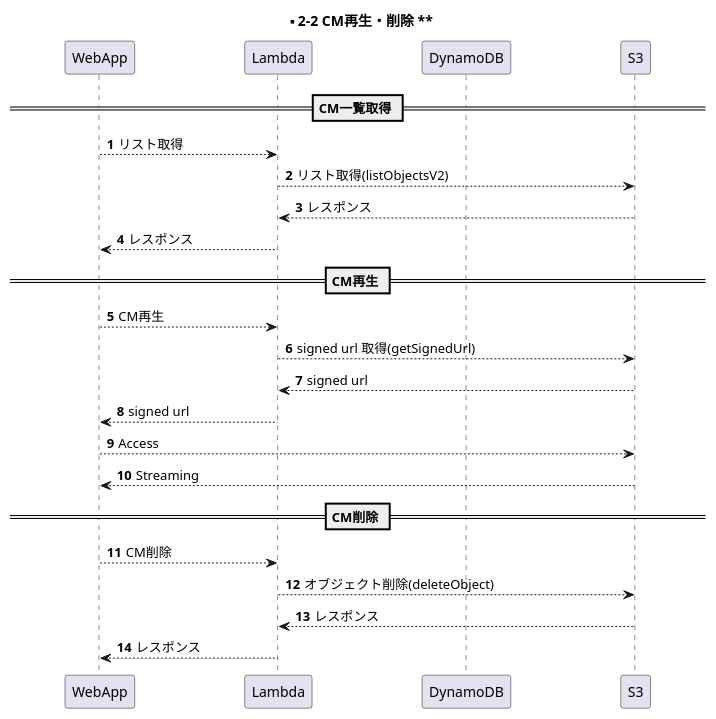
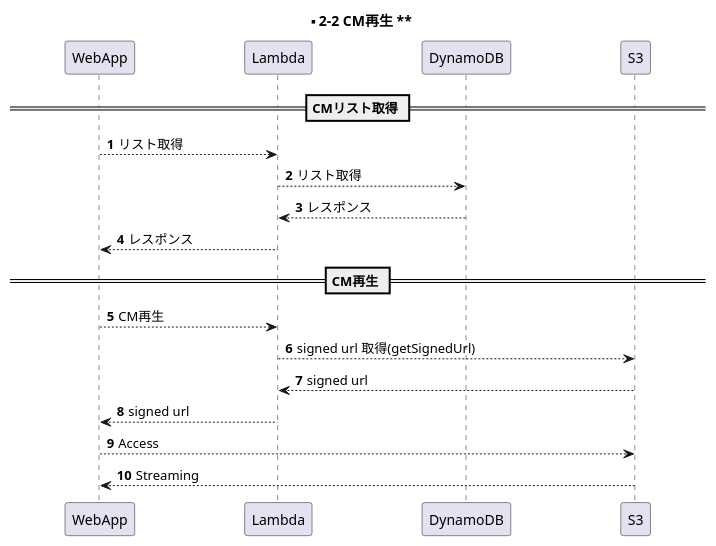
One commit to y-watanabe-usen/umesse-test changed the diagram in documents/uml/s2-2.wsd. Above: the diagram before and after it, drawn with PlantUML. The commit also changed 9 other files, not shown here.

```diff
--- a/documents/uml/s2-2.wsd
+++ b/documents/uml/s2-2.wsd
@@ -1,32 +1,26 @@
 @startuml s2-2
 
 participant WebApp order 1
 participant Lambda order 2
 participant DynamoDB order 3
 participant S3 order 4
 skinparam ParticipantPadding 50
 autonumber
 
-title ** 2-2 CM再生・削除 **
+title ** 2-2 CM再生 **
 
-== CM一覧取得 ==
+== CMリスト取得 ==
 WebApp --> Lambda: リスト取得
-Lambda --> S3: リスト取得(listObjectsV2)
-Lambda <-- S3: レスポンス
+Lambda --> DynamoDB: リスト取得
+Lambda <-- DynamoDB: レスポンス
 WebApp <-- Lambda: レスポンス
 
 == CM再生 ==
 WebApp --> Lambda: CM再生
 Lambda --> S3: signed url 取得(getSignedUrl)
 Lambda <-- S3: signed url
 WebApp <-- Lambda: signed url
 WebApp --> S3: Access
 WebApp <-- S3: Streaming
 
-== CM削除 ==
-WebApp --> Lambda: CM削除
-Lambda --> S3: オブジェクト削除(deleteObject)
-Lambda <-- S3: レスポンス
-WebApp <-- Lambda: レスポンス
-
 @enduml
```
